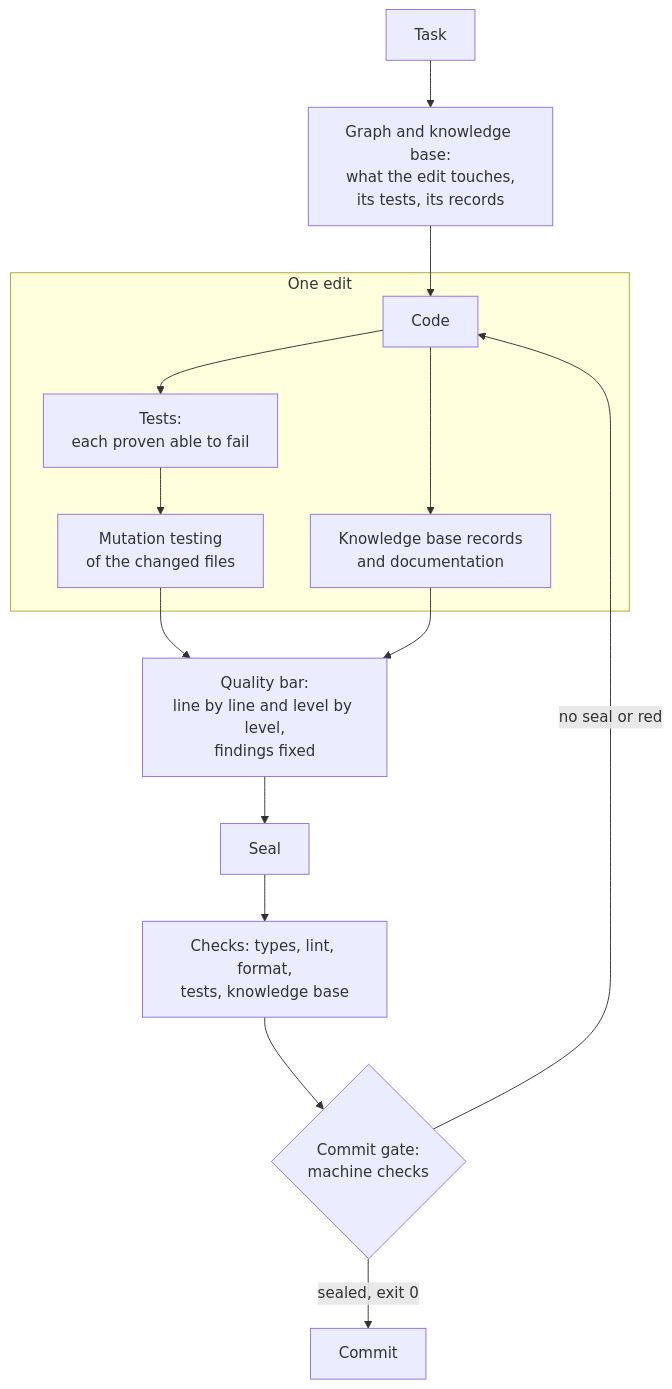
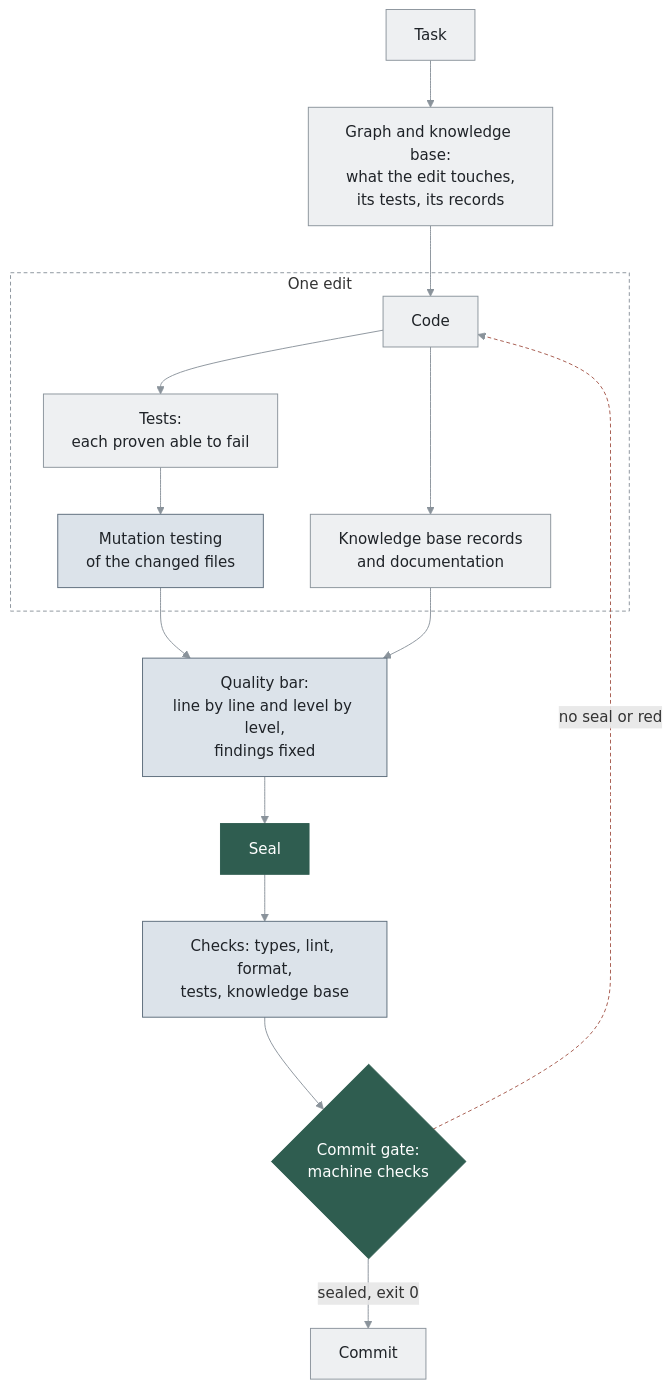
One commit to Igor-lx/claudeHarness changed the diagram in README.md. Above: the diagram before and after it, drawn with Mermaid. The commit also changed other lines of this file and 1 other file, not shown here.

First line of the commit message:
docs(readme): present the harness as ready out of the box, restyle the main diagram

````diff
--- a/README.md
+++ b/README.md
@@ -143,17 +144,26 @@
 ```mermaid
 flowchart TD
   A[Task] --> B["Graph and knowledge base:<br>what the edit touches,<br>its tests, its records"]
   B --> C[Code]
   subgraph edit [One edit]
     C --> T["Tests:<br>each proven able to fail"]
     C --> R["Knowledge base records<br>and documentation"]
     T --> M["Mutation testing<br>of the changed files"]
   end
   M --> P["Quality bar:<br>line by line and level by level,<br>findings fixed"]
   R --> P
   P --> S[Seal]
   S --> K["Checks: types, lint, format,<br>tests, knowledge base"]
   K --> G{"Commit gate:<br>machine checks"}
   G -- "sealed, exit 0" --> H[Commit]
   G -- "no seal or red" --> C
+  classDef plain fill:#EEF0F2,stroke:#8A939B,color:#1F2328
+  classDef check fill:#DCE3EA,stroke:#5B6B7A,color:#1F2328
+  classDef proof fill:#2F5D50,stroke:#2F5D50,color:#FFFFFF
+  class A,B,C,T,R,H plain
+  class M,P,K check
+  class S,G proof
+  style edit fill:none,stroke:#8A939B,stroke-dasharray:4 3
+  linkStyle default stroke:#8A939B
+  linkStyle 11 stroke:#A5584B,stroke-dasharray:4 3
 ```
````
